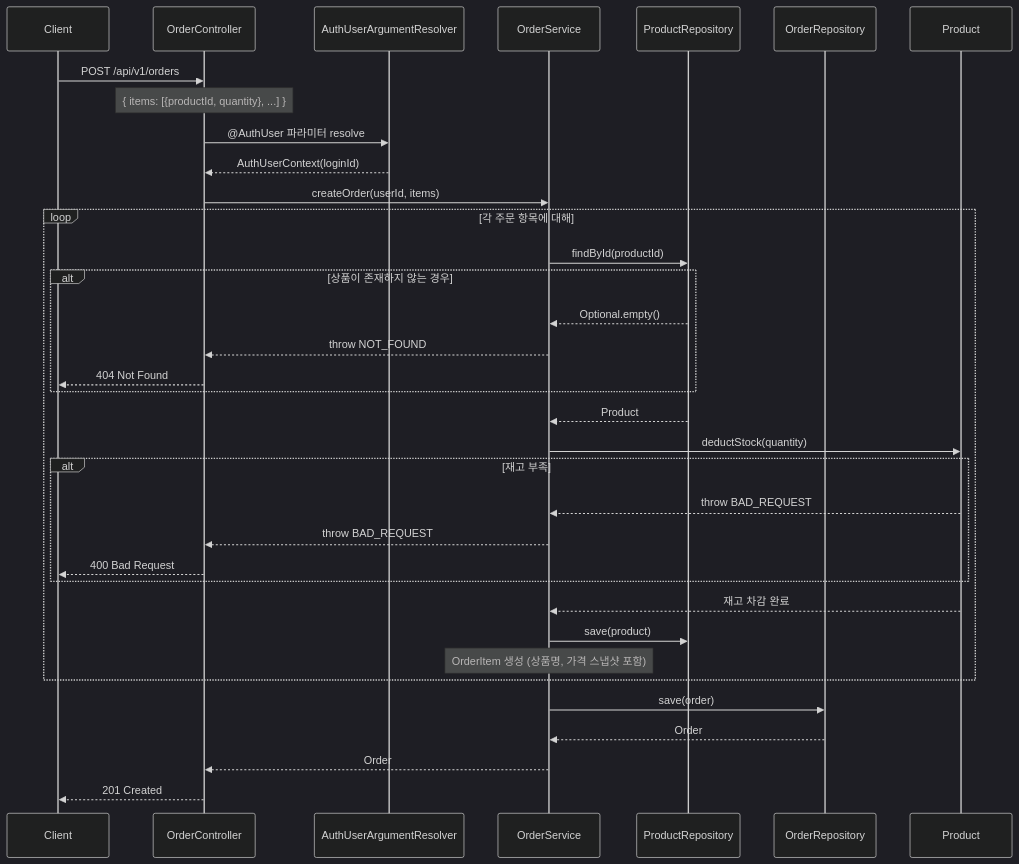
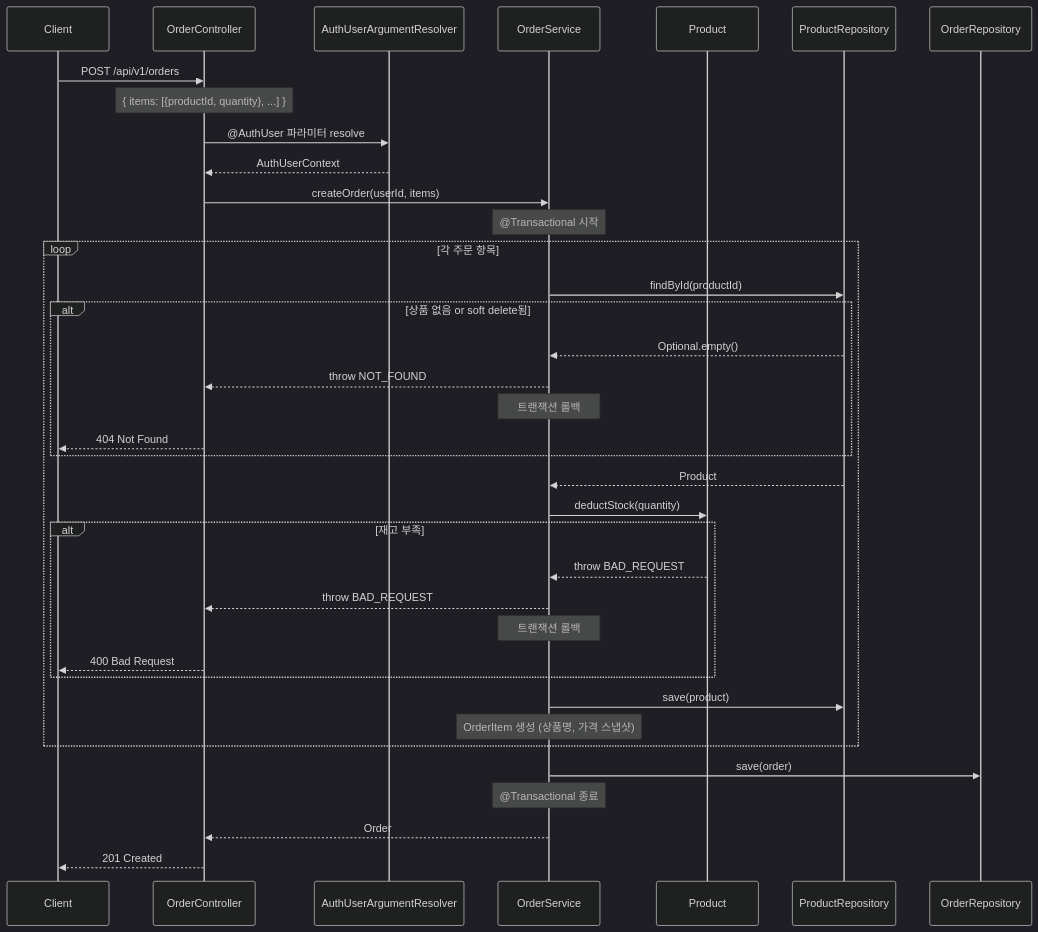
The second of 3 diagrams in docs/week2/02-sequence-diagrams.md (loopers-labs/loop-pack-be-l2-vol4-java), drawn with Mermaid (dark theme) before and after one commit. The commit also changed other lines of this file and 4 other files, not shown here.

````diff
--- a/docs/week2/02-sequence-diagrams.md
+++ b/docs/week2/02-sequence-diagrams.md
@@ -54,44 +56,47 @@
 ```mermaid
 sequenceDiagram
     participant Client
     participant OrderController
     participant AuthUserArgumentResolver
     participant OrderService
+    participant Product
     participant ProductRepository
     participant OrderRepository
 
     Client->>OrderController: POST /api/v1/orders
     Note over OrderController: { items: [{productId, quantity}, ...] }
 
     OrderController->>AuthUserArgumentResolver: @AuthUser 파라미터 resolve
-    AuthUserArgumentResolver-->>OrderController: AuthUserContext(loginId)
+    AuthUserArgumentResolver-->>OrderController: AuthUserContext
 
     OrderController->>OrderService: createOrder(userId, items)
+    Note over OrderService: @Transactional 시작
 
-    loop 각 주문 항목에 대해
+    loop 각 주문 항목
         OrderService->>ProductRepository: findById(productId)
-        alt 상품이 존재하지 않는 경우
+        alt 상품 없음 or soft delete됨
             ProductRepository-->>OrderService: Optional.empty()
             OrderService-->>OrderController: throw NOT_FOUND
+            Note over OrderService: 트랜잭션 롤백
             OrderController-->>Client: 404 Not Found
         end
         ProductRepository-->>OrderService: Product
 
         OrderService->>Product: deductStock(quantity)
         alt 재고 부족
             Product-->>OrderService: throw BAD_REQUEST
             OrderService-->>OrderController: throw BAD_REQUEST
+            Note over OrderService: 트랜잭션 롤백
             OrderController-->>Client: 400 Bad Request
         end
-        Product-->>OrderService: 재고 차감 완료
+
         OrderService->>ProductRepository: save(product)
-
-        Note over OrderService: OrderItem 생성 (상품명, 가격 스냅샷 포함)
+        Note over OrderService: OrderItem 생성 (상품명, 가격 스냅샷)
     end
 
     OrderService->>OrderRepository: save(order)
-    OrderRepository-->>OrderService: Order
+    Note over OrderService: @Transactional 종료
 
     OrderService-->>OrderController: Order
     OrderController-->>Client: 201 Created
 ```
````
